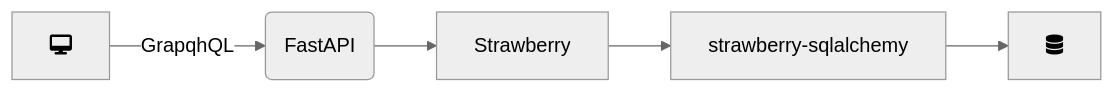
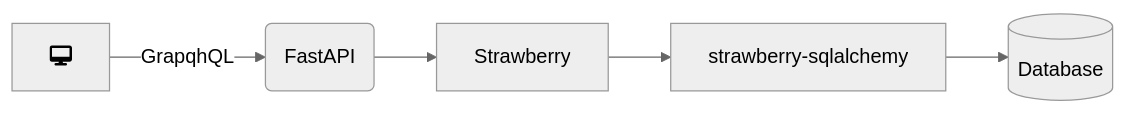
Before and after one commit to 0machi/FastAPI_Strawberry_strawberry-sqlalchemy_DemoApp: the diagram in README.md, drawn with Mermaid (neutral theme).

Commit message:
README.md

````diff
--- a/README.md
+++ b/README.md
@@ -3,7 +3,7 @@
 ```mermaid
 flowchart LR
     A[fa:fa-desktop] -->|GrapqhQL| B(FastAPI)
     B --> C[Strawberry]
     C --> D[strawberry-sqlalchemy]
-    D --> E[fa:fa-database]
+    D --> E[(Database)]
 ```
````
